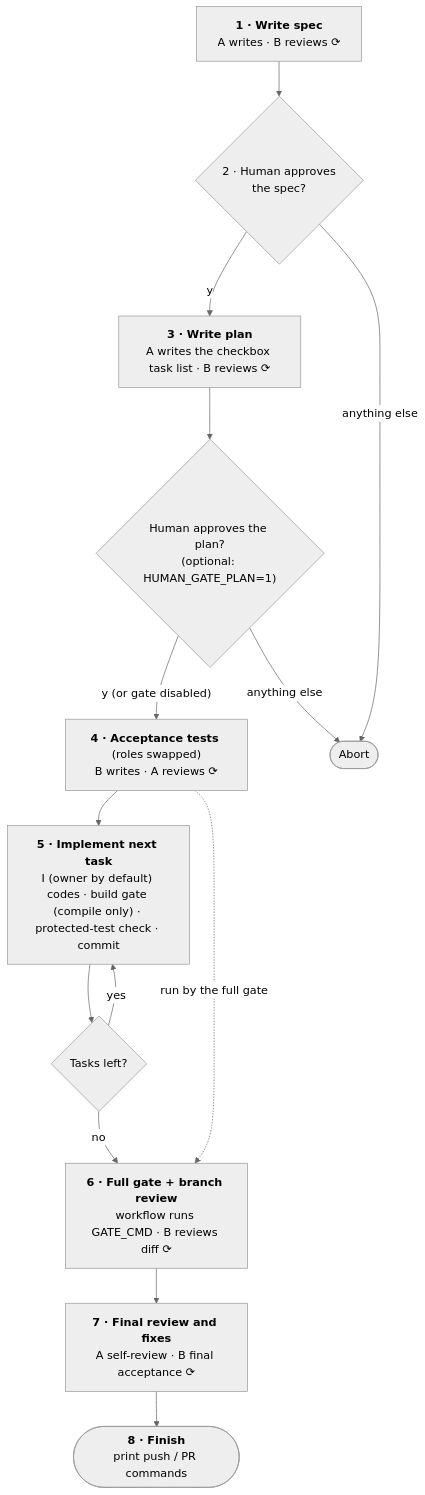
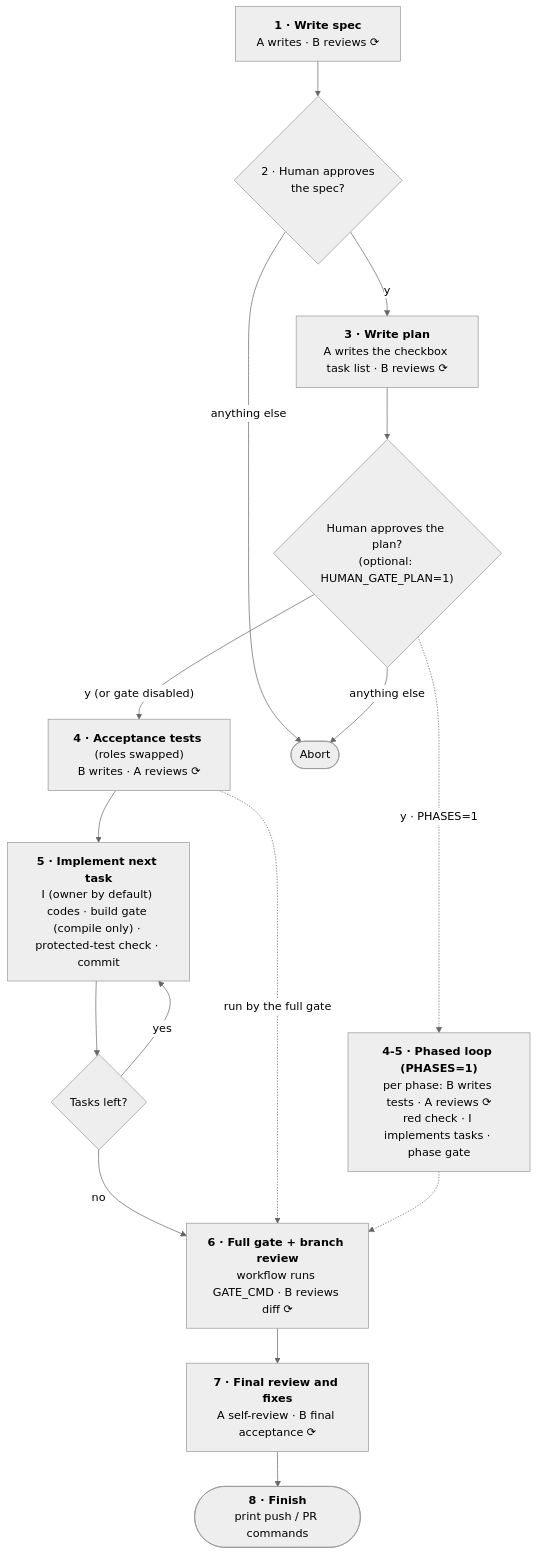
The first of 2 diagrams in README.md (yhchiu/adversarial-ai-coding), drawn with Mermaid (neutral theme) before and after one commit. The commit also changed other lines of this file and 3 other files, not shown here.

````diff
--- a/README.md
+++ b/README.md
@@ -33,25 +33,28 @@
 ```mermaid
 flowchart TD
     spec["<b>1 · Write spec</b><br/>A writes · B reviews ⟳"]
     gate{"2 · Human approves<br/>the spec?"}
     plan["<b>3 · Write plan</b><br/>A writes the checkbox task list · B reviews ⟳"]
     plangate{"Human approves the plan?<br/>(optional: HUMAN_GATE_PLAN=1)"}
     tests["<b>4 · Acceptance tests</b> (roles swapped)<br/>B writes · A reviews ⟳"]
     task["<b>5 · Implement next task</b><br/>I (owner by default) codes · build gate (compile only) · protected-test check · commit"]
     more{"Tasks left?"}
     branch["<b>6 · Full gate + branch review</b><br/>workflow runs GATE_CMD · B reviews diff ⟳"]
     final["<b>7 · Final review and fixes</b><br/>A self-review · B final acceptance ⟳"]
     fin(["<b>8 · Finish</b><br/>print push / PR commands"])
     abort(["Abort"])
 
     spec --> gate
     gate -- "y" --> plan
     gate -- "anything else" --> abort
     plan --> plangate
     plangate -- "y (or gate disabled)" --> tests
     plangate -- "anything else" --> abort
     tests --> task --> more
     more -- "yes" --> task
     more -- "no" --> branch --> final --> fin
     tests -. "run by the full gate" .-> branch
+    phased["<b>4-5 · Phased loop (PHASES=1)</b><br/>per phase: B writes tests · A reviews ⟳<br/>red check · I implements tasks · phase gate"]
+    plangate -. "y · PHASES=1" .-> phased
+    phased -.-> branch
 ```
````
